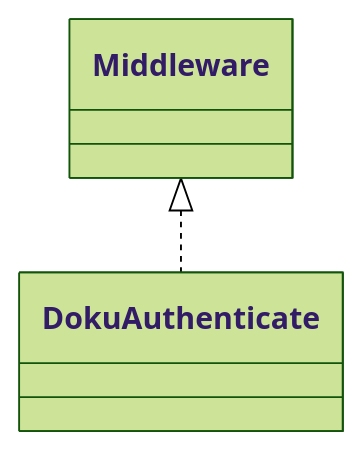
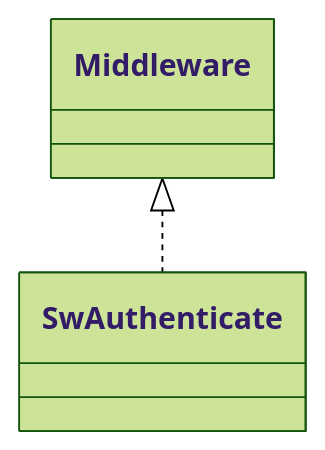
One commit to MichinobuMaeda/squirrelwheel changed the fourth of 8 diagrams in README.md. Above: the diagram before and after it, drawn with Mermaid (forest theme). The commit also changed other lines of this file and 22 other files, not shown here.

````diff
--- a/README.md
+++ b/README.md
@@ -173,4 +173,4 @@
 ```mermaid
 classDiagram
-Middleware <|.. DokuAuthenticate
+Middleware <|.. SwAuthenticate
 ```
````
